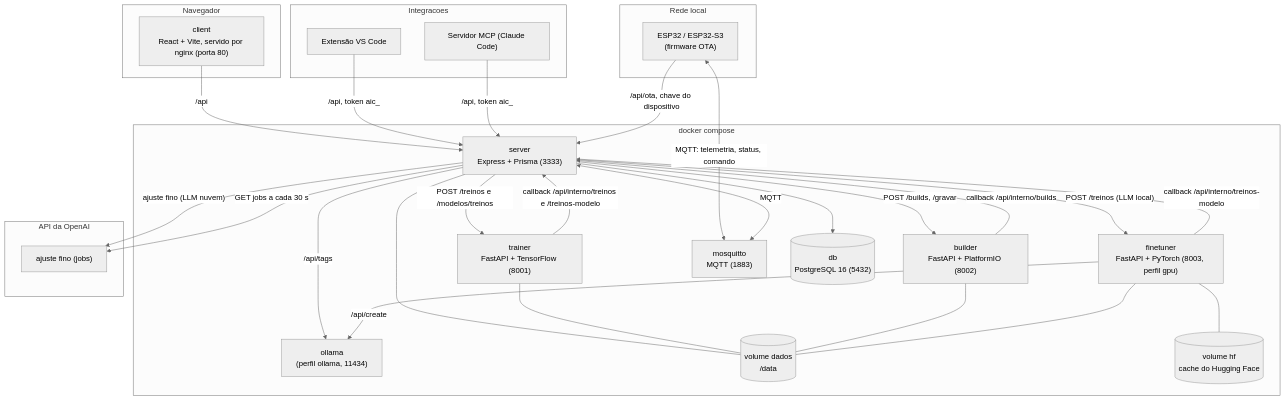
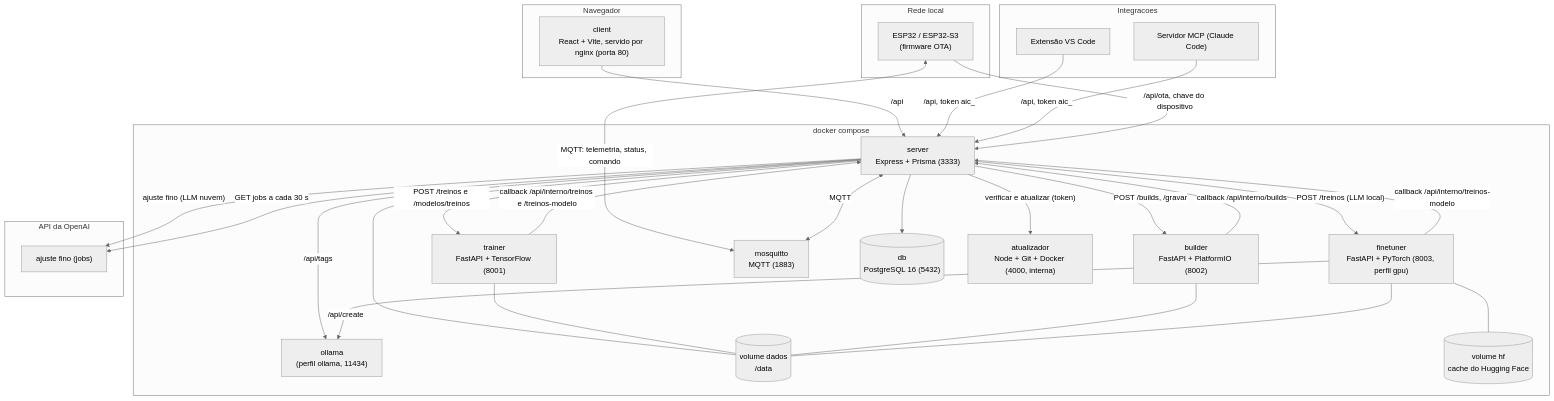
One commit to marco3079/ai-creator changed the first of 7 diagrams in docs/ARQUITETURA.md. Above: the diagram before and after it, drawn with Mermaid (neutral theme). The commit also changed other lines of this file and 24 other files, not shown here.

First line of the commit message:
feat: atualizador — atualizar pelo GitHub a partir do painel

````diff
--- a/docs/ARQUITETURA.md
+++ b/docs/ARQUITETURA.md
@@ -7,49 +7,51 @@
 ```mermaid
 flowchart TB
   subgraph Navegador
     client["client<br/>React + Vite, servido por nginx (porta 80)"]
   end
   subgraph Integracoes
     vscode["Extensão VS Code"]
     mcp["Servidor MCP (Claude Code)"]
   end
   subgraph Placas["Rede local"]
     placa["ESP32 / ESP32-S3<br/>(firmware OTA)"]
   end
   subgraph Compose["docker compose"]
     server["server<br/>Express + Prisma (3333)"]
     trainer["trainer<br/>FastAPI + TensorFlow (8001)"]
     builder["builder<br/>FastAPI + PlatformIO (8002)"]
     finetuner["finetuner<br/>FastAPI + PyTorch (8003, perfil gpu)"]
     mosquitto["mosquitto<br/>MQTT (1883)"]
     db[("db<br/>PostgreSQL 16 (5432)")]
     ollama["ollama<br/>(perfil ollama, 11434)"]
+    atualizador["atualizador<br/>Node + Git + Docker (4000, interna)"]
     dados[("volume dados<br/>/data")]
     hf[("volume hf<br/>cache do Hugging Face")]
   end
   subgraph Nuvem["API da OpenAI"]
     openai["ajuste fino (jobs)"]
   end
   client -->|"/api"| server
   vscode -->|"/api, token aic_"| server
   mcp -->|"/api, token aic_"| server
   placa -->|"/api/ota, chave do dispositivo"| server
   placa <-->|"MQTT: telemetria, status, comando"| mosquitto
   server <-->|"MQTT"| mosquitto
   server --> db
   server -->|"POST /treinos e /modelos/treinos"| trainer
   server -->|"POST /builds, /gravar"| builder
   server -->|"POST /treinos (LLM local)"| finetuner
   server -->|"ajuste fino (LLM nuvem)"| openai
   server -->|"/api/tags"| ollama
+  server -->|"verificar e atualizar (token)"| atualizador
   trainer -->|"callback /api/interno/treinos e /treinos-modelo"| server
   builder -->|"callback /api/interno/builds"| server
   finetuner -->|"callback /api/interno/treinos-modelo"| server
   finetuner -->|"/api/create"| ollama
   server -->|"GET jobs a cada 30 s"| openai
   server --- dados
   trainer --- dados
   builder --- dados
   finetuner --- dados
   finetuner --- hf
 ```
````
